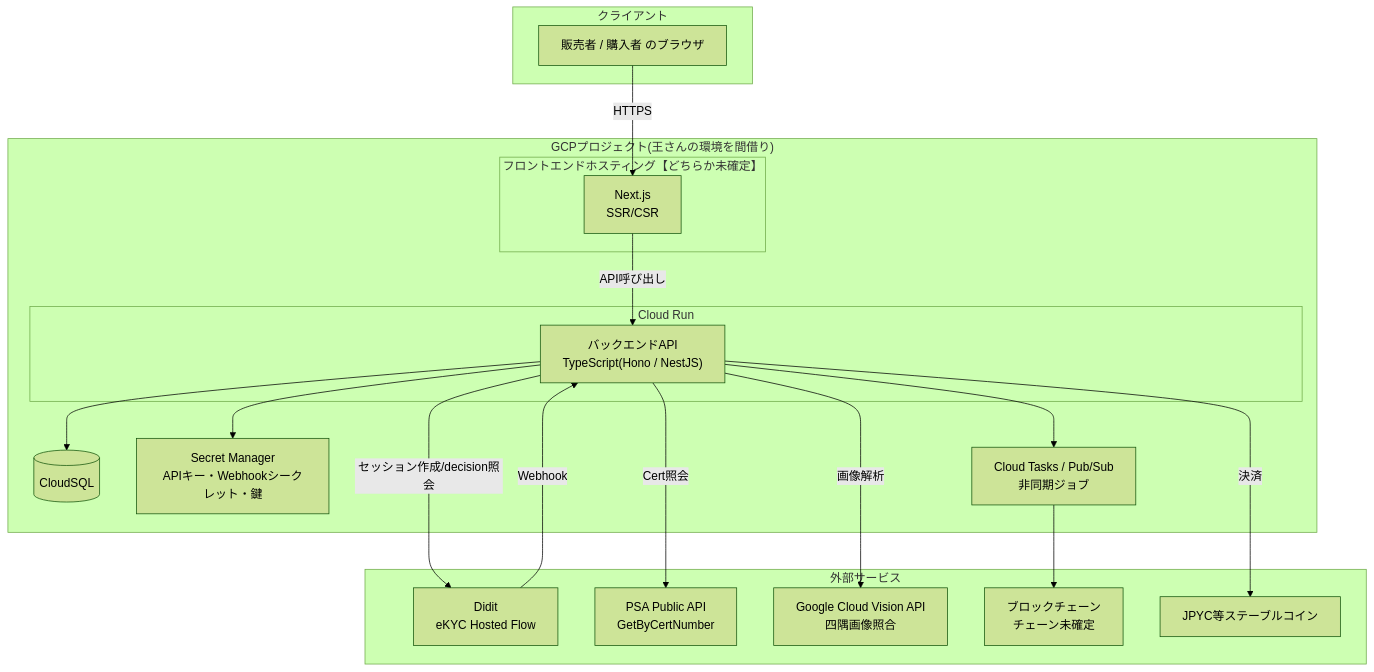
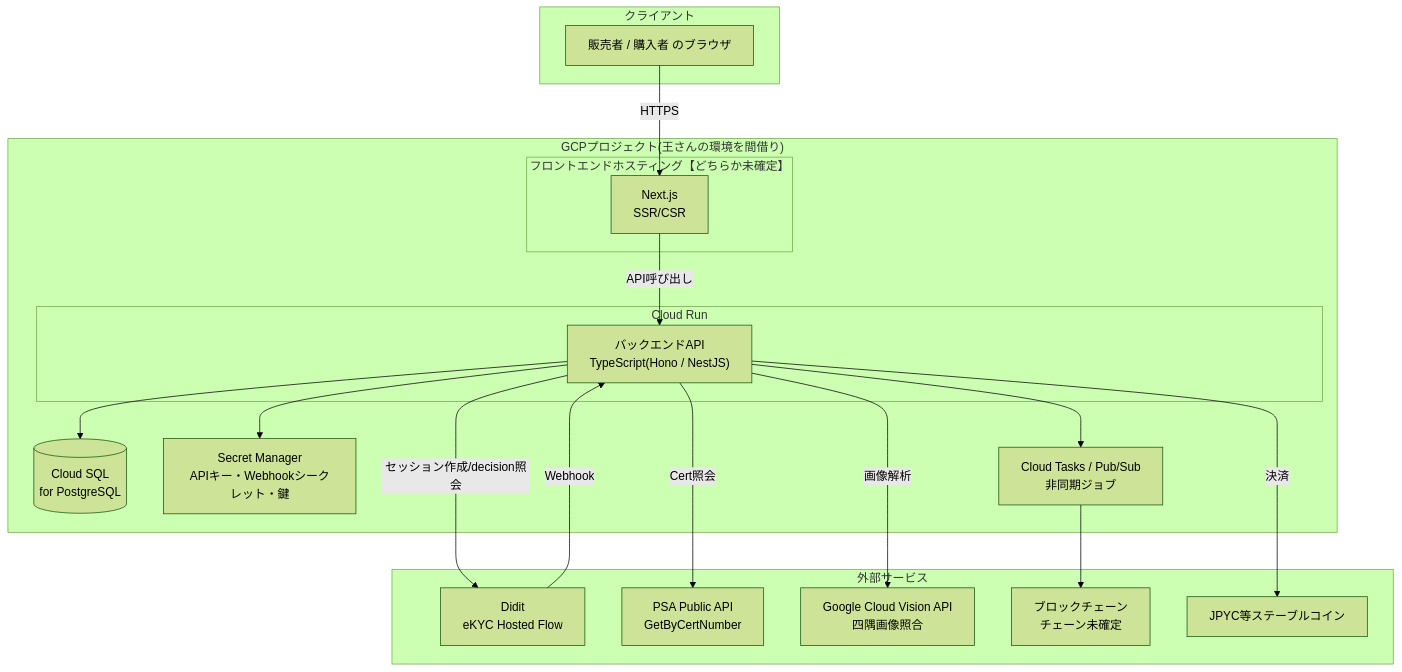
Before and after one commit to study-basic-hackathon/trust-ca: the first of 6 diagrams in docs/design/system-architecture.md, drawn with Mermaid (forest theme). The commit also changed other lines of this file and 20 other files, not shown here.

````diff
--- a/docs/design/system-architecture.md
+++ b/docs/design/system-architecture.md
@@ -45,41 +46,41 @@
 ```mermaid
 flowchart TB
     subgraph Client["クライアント"]
         Browser[販売者 / 購入者 のブラウザ]
     end
 
     subgraph GCP["GCPプロジェクト(王さんの環境を間借り)"]
         subgraph FE_HOST["フロントエンドホスティング【どちらか未確定】"]
             FE[Next.js<br/>SSR/CSR]
         end
 
         subgraph BE_HOST["Cloud Run"]
             BE["バックエンドAPI<br/>TypeScript(Hono / NestJS)"]
         end
 
-        DB[(CloudSQL)]
+        DB[(Cloud SQL<br/>for PostgreSQL)]
         SM[Secret Manager<br/>APIキー・Webhookシークレット・鍵]
         Queue[Cloud Tasks / Pub/Sub<br/>非同期ジョブ]
     end
 
     subgraph External["外部サービス"]
         Didit[Didit<br/>eKYC Hosted Flow]
         PSA[PSA Public API<br/>GetByCertNumber]
         Vision[Google Cloud Vision API<br/>四隅画像照合]
         Chain[ブロックチェーン<br/>チェーン未確定]
         JPYC[JPYC等ステーブルコイン]
     end
 
     Browser -->|HTTPS| FE
     FE -->|API呼び出し| BE
     BE --> DB
     BE --> SM
     BE --> Queue
     Queue --> Chain
 
     BE -->|セッション作成/decision照会| Didit
     Didit -->|Webhook| BE
     BE -->|Cert照会| PSA
     BE -->|画像解析| Vision
     BE -->|決済| JPYC
 ```
````
